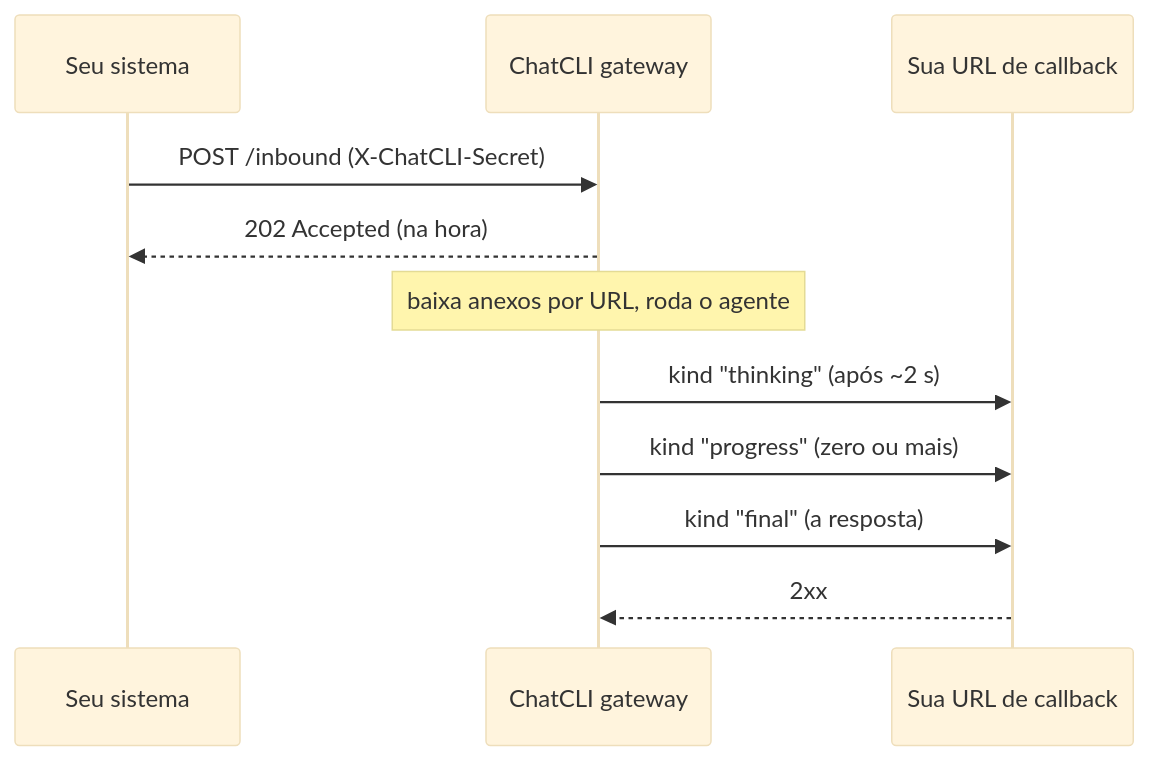
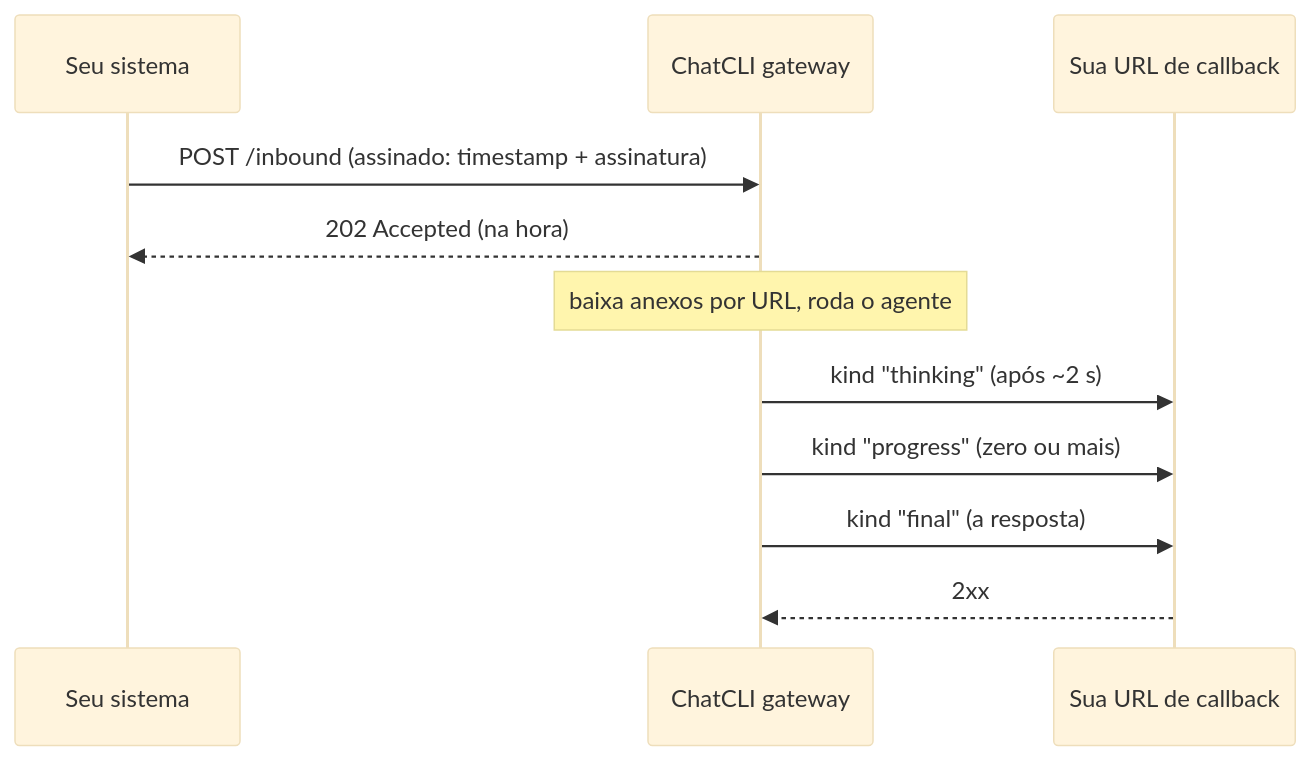
The diagram in pt/gateway/webhook.mdx (diillson/chatcli.ai), drawn with Mermaid (base theme) before and after one commit. The commit also changed other lines of this file and 54 other files, not shown here.

````diff
--- a/pt/gateway/webhook.mdx
+++ b/pt/gateway/webhook.mdx
@@ -22,13 +22,13 @@
 ```mermaid
 sequenceDiagram
     participant App as Seu sistema
     participant GW as ChatCLI gateway
     participant CB as Sua URL de callback
-    App->>GW: POST /inbound (X-ChatCLI-Secret)
+    App->>GW: POST /inbound (assinado: timestamp + assinatura)
     GW-->>App: 202 Accepted (na hora)
     Note over GW: baixa anexos por URL, roda o agente
     GW->>CB: kind "thinking" (após ~2 s)
     GW->>CB: kind "progress" (zero ou mais)
     GW->>CB: kind "final" (a resposta)
     CB-->>GW: 2xx
 ```
````
